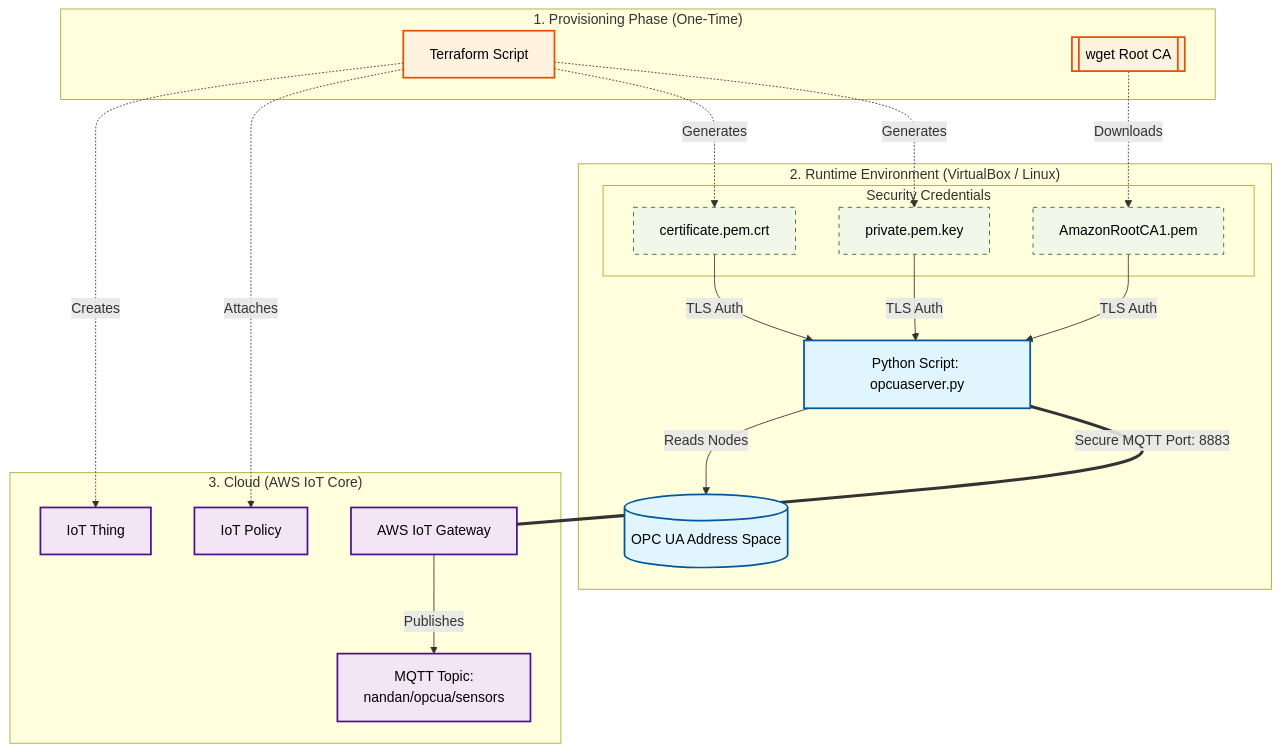
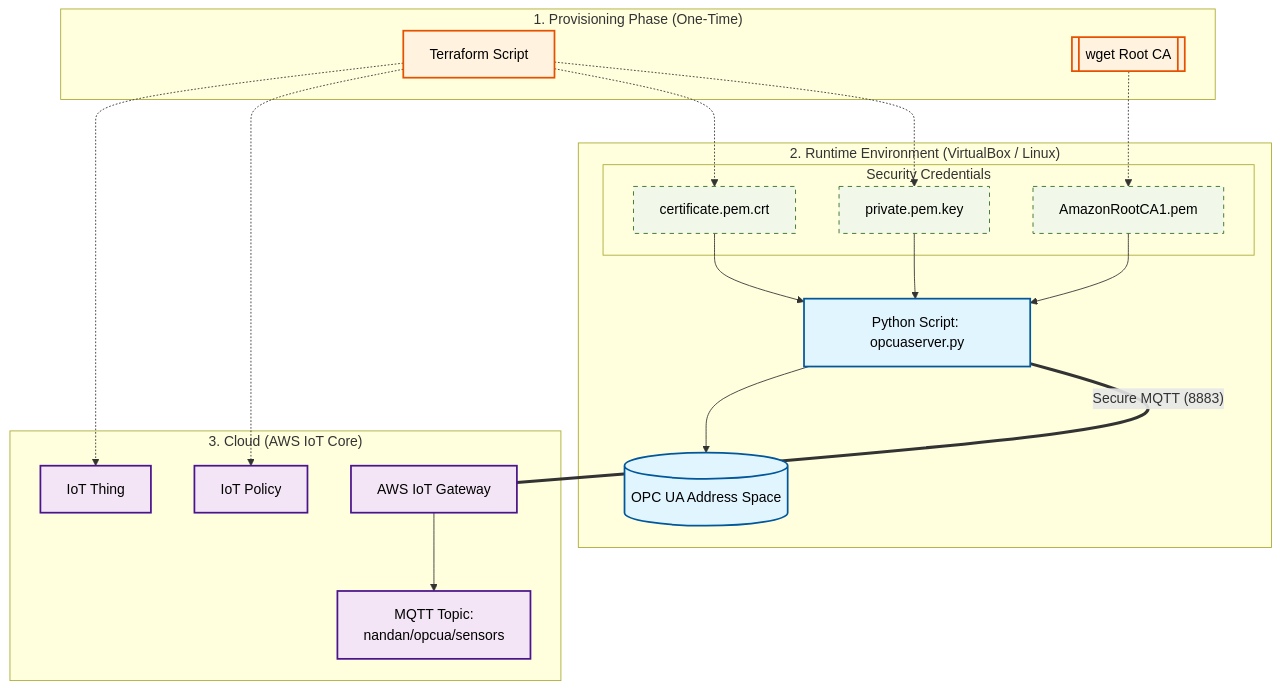
One commit to nandanchapa/pythonopcua changed the diagram in README.md. Above: the diagram before and after it, drawn with Mermaid.

Commit message:
docs: update architecture diagram with terraform and root ca

````diff
--- a/README.md
+++ b/README.md
@@ -49,54 +49,55 @@
 ```mermaid
 graph TD
     %% Node Definitions
     subgraph Provisioning ["1. Provisioning Phase (One-Time)"]
         TF[Terraform Script]
         CA_DL[[wget Root CA]]
     end
 
     subgraph Local ["2. Runtime Environment (VirtualBox / Linux)"]
         A[Python Script: opcuaserver.py]
         B[(OPC UA Address Space)]
         
-        %% Files generated/downloaded
         subgraph Auth ["Security Credentials"]
             CERT[certificate.pem.crt]
             KEY[private.pem.key]
             ROOT[AmazonRootCA1.pem]
         end
     end
 
     subgraph Cloud ["3. Cloud (AWS IoT Core)"]
         IOT[AWS IoT Gateway]
         POL[IoT Policy]
         THG[IoT Thing]
-        TOPIC[MQTT Topic: <br/>nandan/opcua/sensors]
+        TOPIC["MQTT Topic:<br/>nandan/opcua/sensors"]
     end
 
     %% Provisioning Connections
-    TF -.->|Creates| THG
-    TF -.->|Attaches| POL
-    TF -.->|Generates| CERT
-    TF -.->|Generates| KEY
-    CA_DL -.->|Downloads| ROOT
+    TF -.-> THG
+    TF -.-> POL
+    TF -.-> CERT
+    TF -.-> KEY
+    CA_DL -.-> ROOT
 
     %% Runtime Connections
-    A -->|Reads Nodes| B
+    A --> B
     
-    %% The Secure Handshake
-    CERT & KEY & ROOT -->|TLS Auth| A
+    %% Expanded connections for better GitHub compatibility
+    CERT --> A
+    KEY --> A
+    ROOT --> A
     
-    A ===|Secure MQTT Port: 8883| IOT
-    IOT -->|Publishes| TOPIC
+    A ===|"Secure MQTT (8883)"| IOT
+    IOT --> TOPIC
 
     %% Styling
     classDef provision fill:#fff3e0,stroke:#e65100,stroke-width:2px,color:#000;
     classDef local fill:#e1f5fe,stroke:#01579b,stroke-width:2px,color:#000;
     classDef auth fill:#f1f8e9,stroke:#33691e,stroke-width:1px,stroke-dasharray: 5 5,color:#000;
     classDef cloud fill:#f3e5f5,stroke:#4a148c,stroke-width:2px,color:#000;
 
     class TF,CA_DL provision;
     class A,B local;
     class CERT,KEY,ROOT auth;
     class IOT,POL,THG,TOPIC cloud;
 ```
````
